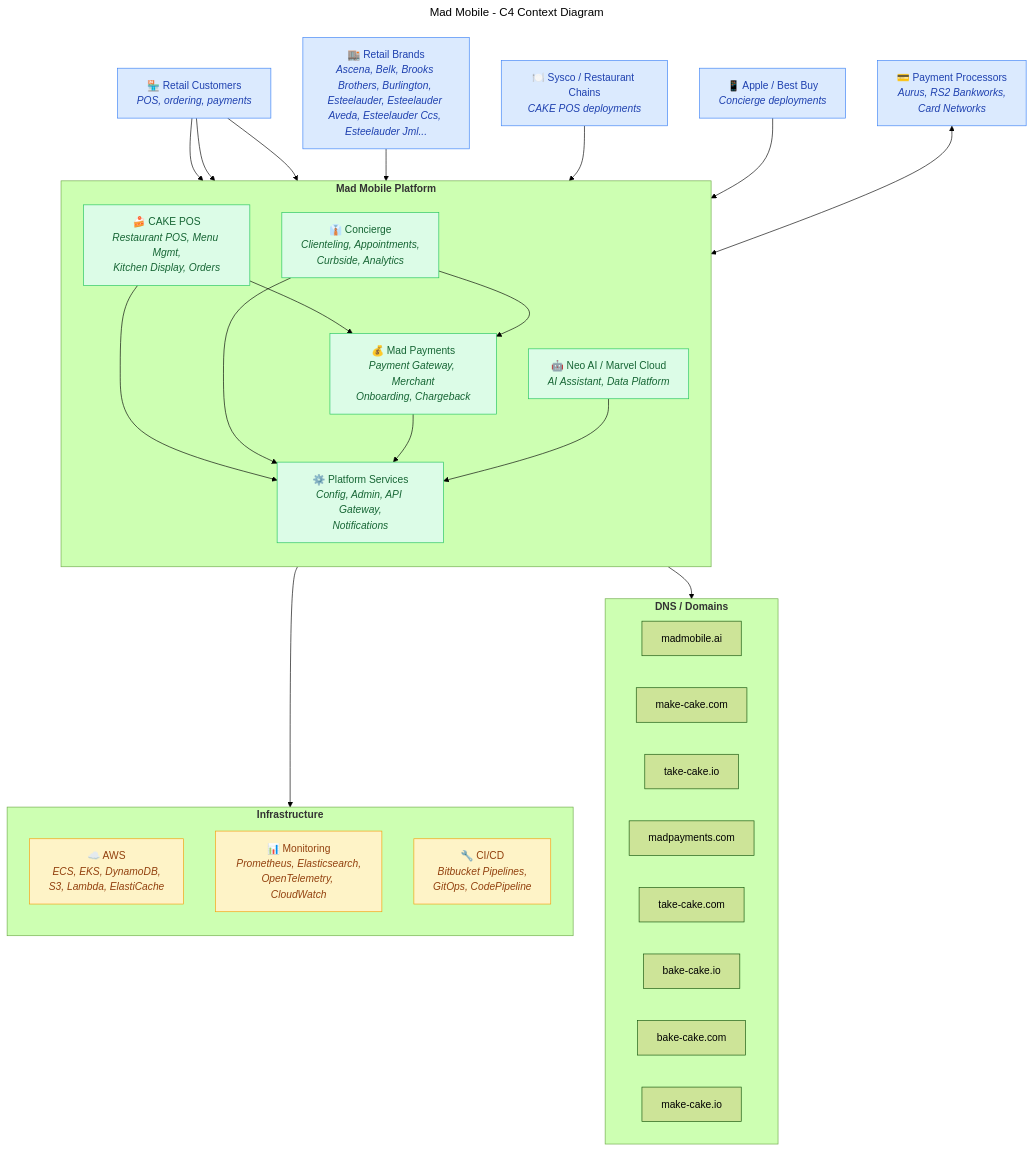
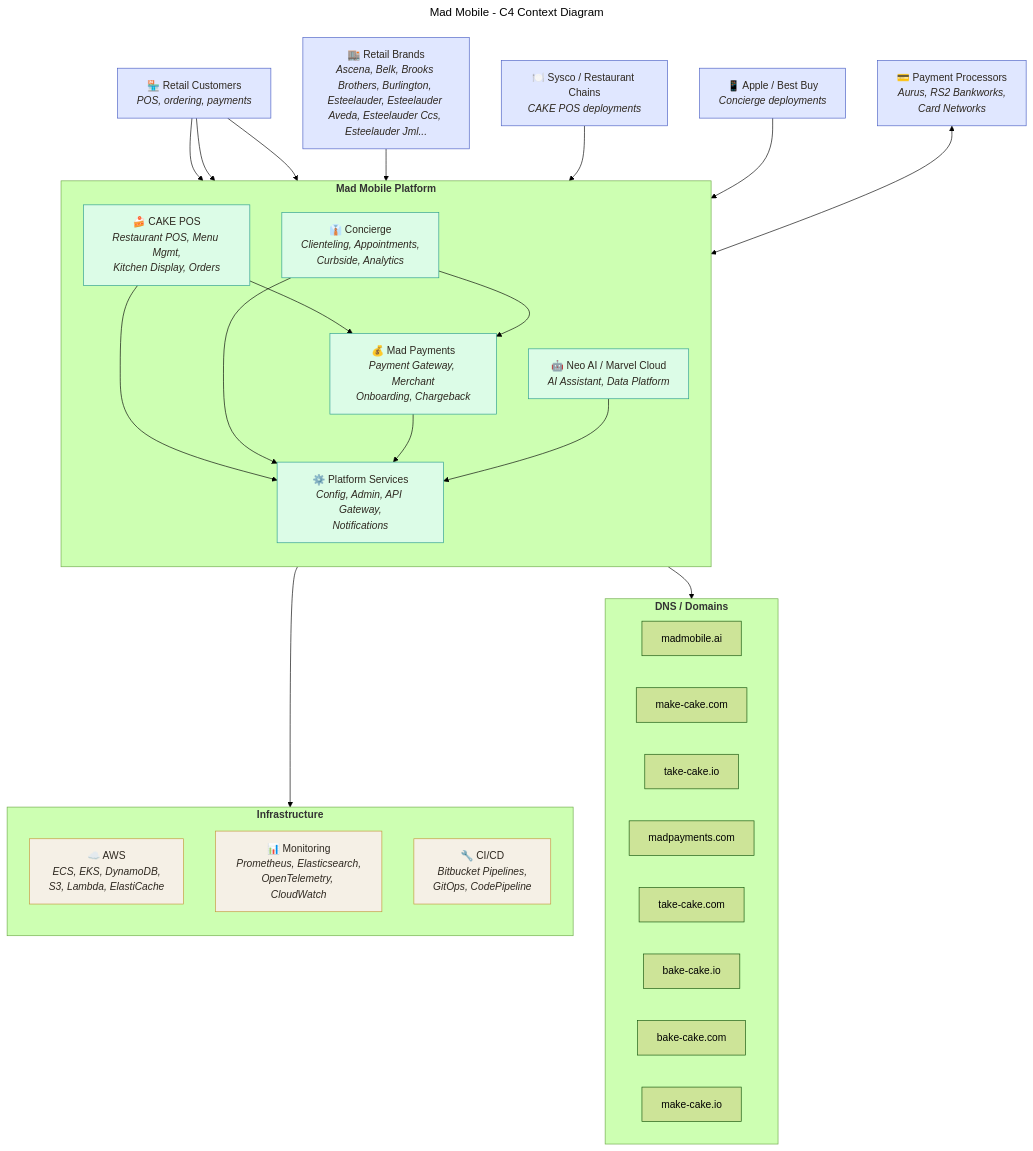
The diagram in inventory/mad-mobile-c4-context.mmd (adamlaz/tl-mm), drawn with Mermaid (forest theme) before and after one commit. The commit also changed 758 other files, not shown here.

```diff
--- a/inventory/mad-mobile-c4-context.mmd
+++ b/inventory/mad-mobile-c4-context.mmd
@@ -1,67 +1,67 @@
 ---
 title: Mad Mobile - C4 Context Diagram
 ---
 flowchart TB
 
     %% External Actors
     Customers["🏪 Retail Customers<br/><i>POS, ordering, payments</i>"]
     Retailers["🏬 Retail Brands<br/><i>Ascena, Belk, Brooks Brothers, Burlington, Esteelauder, Esteelauder Aveda, Esteelauder Ccs, Esteelauder Jml...</i>"]
     Sysco["🍽️ Sysco / Restaurant Chains<br/><i>CAKE POS deployments</i>"]
     PayProc["💳 Payment Processors<br/><i>Aurus, RS2 Bankworks,<br/>Card Networks</i>"]
     AppleBB["📱 Apple / Best Buy<br/><i>Concierge deployments</i>"]
 
     %% Mad Mobile Systems
     subgraph MM["<b>Mad Mobile Platform</b>"]
         direction TB
         CAKE["🍰 CAKE POS<br/><i>Restaurant POS, Menu Mgmt,<br/>Kitchen Display, Orders</i>"]
         CONC["👔 Concierge<br/><i>Clienteling, Appointments,<br/>Curbside, Analytics</i>"]
         PAY["💰 Mad Payments<br/><i>Payment Gateway, Merchant<br/>Onboarding, Chargeback</i>"]
         NEO["🤖 Neo AI / Marvel Cloud<br/><i>AI Assistant, Data Platform</i>"]
         PLAT["⚙️ Platform Services<br/><i>Config, Admin, API Gateway,<br/>Notifications</i>"]
     end
 
     %% Internal Systems
     subgraph INFRA["<b>Infrastructure</b>"]
         direction TB
         AWS["☁️ AWS<br/><i>ECS, EKS, DynamoDB,<br/>S3, Lambda, ElastiCache</i>"]
         MON["📊 Monitoring<br/><i>Prometheus, Elasticsearch,<br/>OpenTelemetry, CloudWatch</i>"]
         CICD["🔧 CI/CD<br/><i>Bitbucket Pipelines,<br/>GitOps, CodePipeline</i>"]
     end
 
     %% DNS
     subgraph DNS["<b>DNS / Domains</b>"]
         direction LR
         madmobile_ai["madmobile.ai"]
         make_cake_com["make-cake.com"]
         take_cake_io["take-cake.io"]
         madpayments_com["madpayments.com"]
         take_cake_com["take-cake.com"]
         bake_cake_io["bake-cake.io"]
         bake_cake_com["bake-cake.com"]
         make_cake_io["make-cake.io"]
     end
 
     %% Relationships
     Customers --> CAKE
     Customers --> CONC
     Customers --> PAY
     Retailers --> CONC
     Sysco --> CAKE
     AppleBB --> CONC
     PayProc <--> PAY
     CAKE --> PAY
     CONC --> PAY
     CAKE --> PLAT
     CONC --> PLAT
     PAY --> PLAT
     NEO --> PLAT
     MM --> INFRA
     MM --> DNS
 
     %% Styling
-    classDef external fill:#DBEAFE,stroke:#3B82F6,color:#1E40AF
-    classDef mmSystem fill:#DCFCE7,stroke:#22C55E,color:#166534
-    classDef infra fill:#FEF3C7,stroke:#F59E0B,color:#92400E
+    classDef external fill:#E0E7FF,stroke:#4A5FC4,color:#2E2820
+    classDef mmSystem fill:#DCFCE7,stroke:#2A9D8F,color:#2E2820
+    classDef infra fill:#F5F0E6,stroke:#C4973A,color:#2E2820
     class Customers,Retailers,Sysco,PayProc,AppleBB external
     class CAKE,CONC,PAY,NEO,PLAT mmSystem
     class AWS,MON,CICD infra
```
